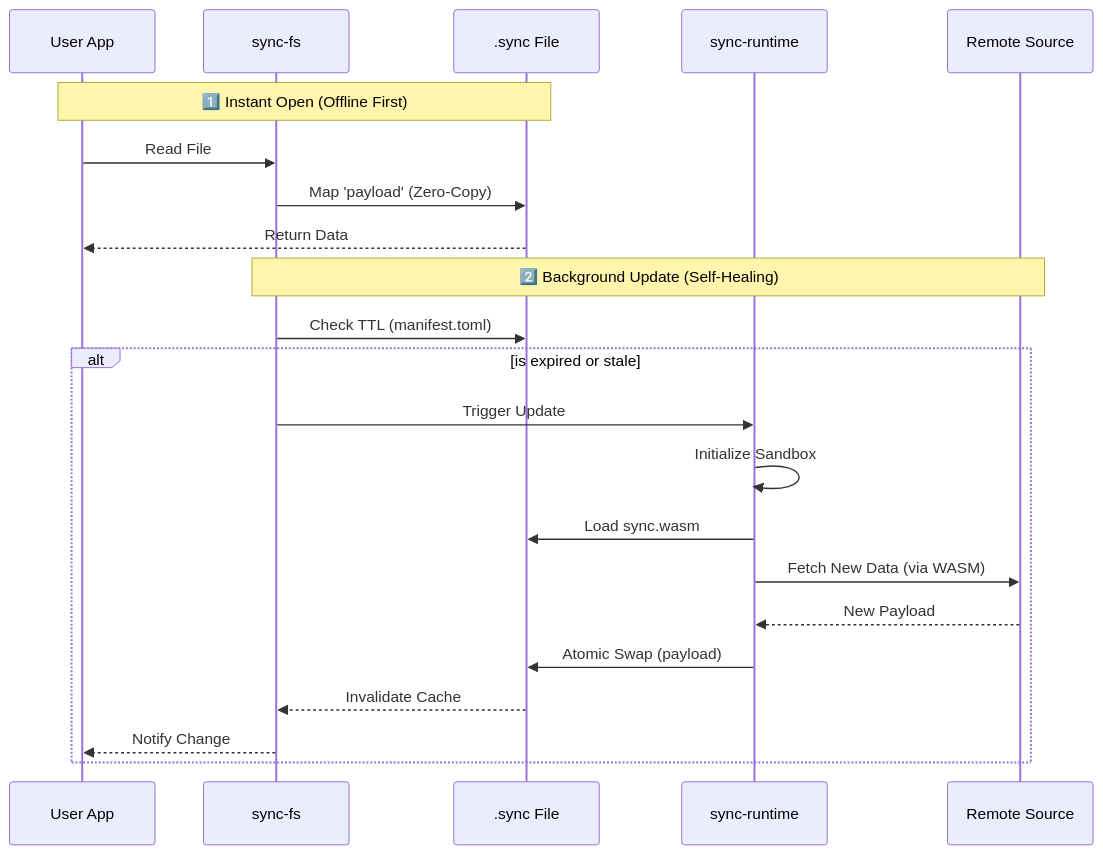
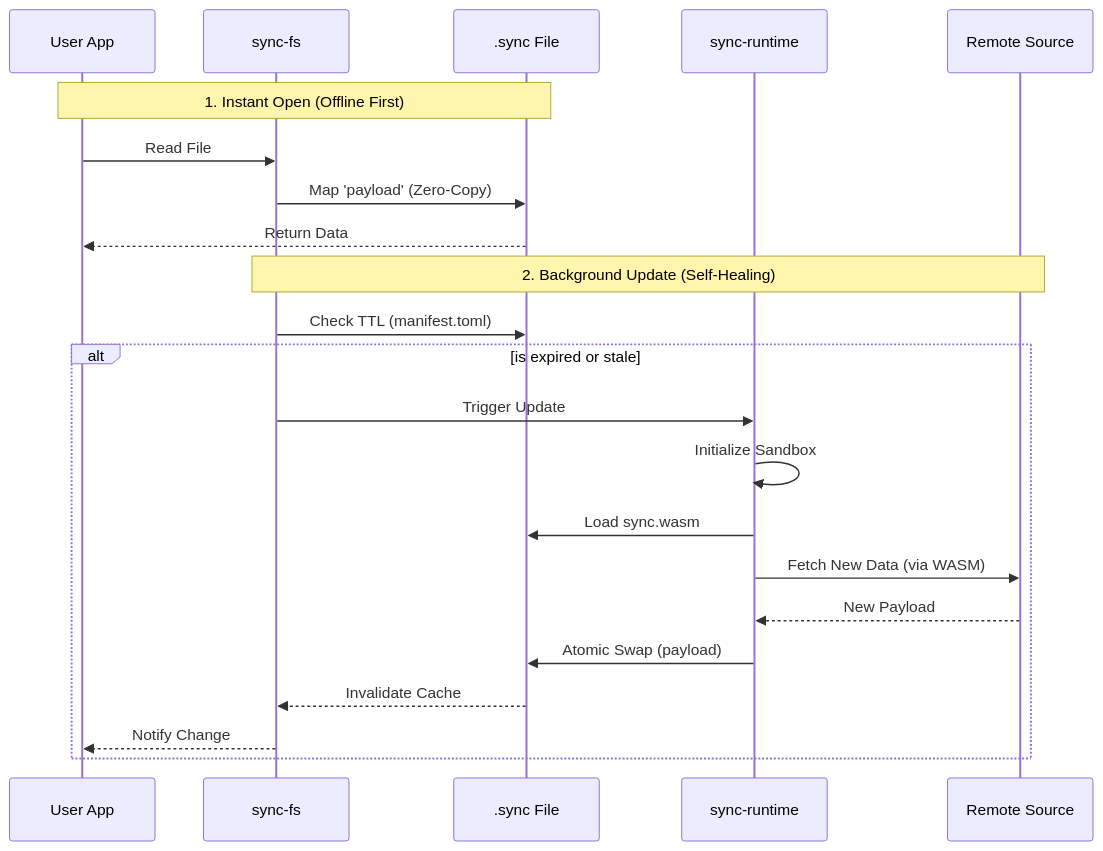
One commit to Koh0920/sync-rs changed the second of 2 diagrams in README.md. Above: the diagram before and after it, drawn with Mermaid. The commit also changed other lines of this file, not shown here.

````diff
--- a/README.md
+++ b/README.md
@@ -135,26 +135,26 @@
 ```mermaid
 sequenceDiagram
     participant App as User App
     participant VFS as sync-fs
     participant Archive as .sync File
     participant Runtime as sync-runtime
     participant Cloud as Remote Source
 
-    Note over App, Archive: 1️⃣ Instant Open (Offline First)
+    Note over App, Archive: 1. Instant Open (Offline First)
     App->>VFS: Read File
     VFS->>Archive: Map 'payload' (Zero-Copy)
     Archive-->>App: Return Data
 
-    Note over VFS, Cloud: 2️⃣ Background Update (Self-Healing)
+    Note over VFS, Cloud: 2. Background Update (Self-Healing)
     VFS->>Archive: Check TTL (manifest.toml)
     alt is expired or stale
         VFS->>Runtime: Trigger Update
         Runtime->>Runtime: Initialize Sandbox
         Runtime->>Archive: Load sync.wasm
         Runtime->>Cloud: Fetch New Data (via WASM)
         Cloud-->>Runtime: New Payload
         Runtime->>Archive: Atomic Swap (payload)
         Archive-->>VFS: Invalidate Cache
         VFS-->>App: Notify Change
     end
 ```
````
